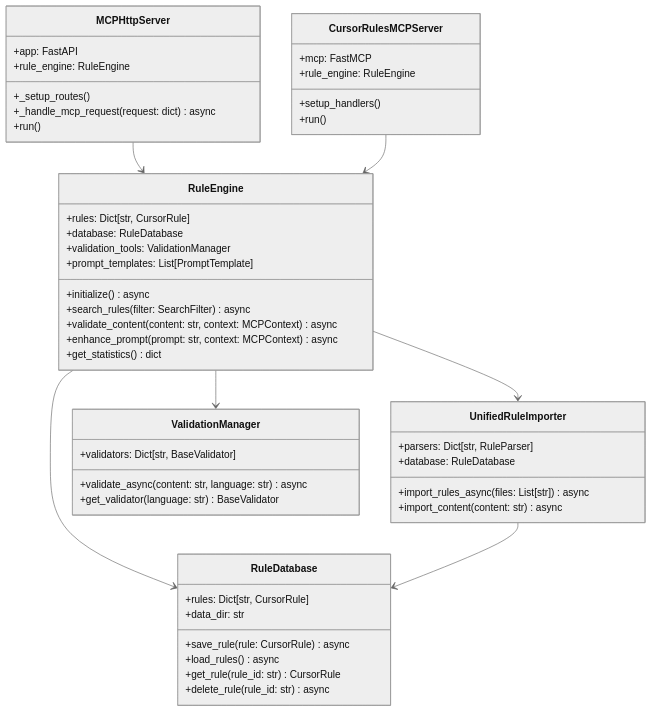
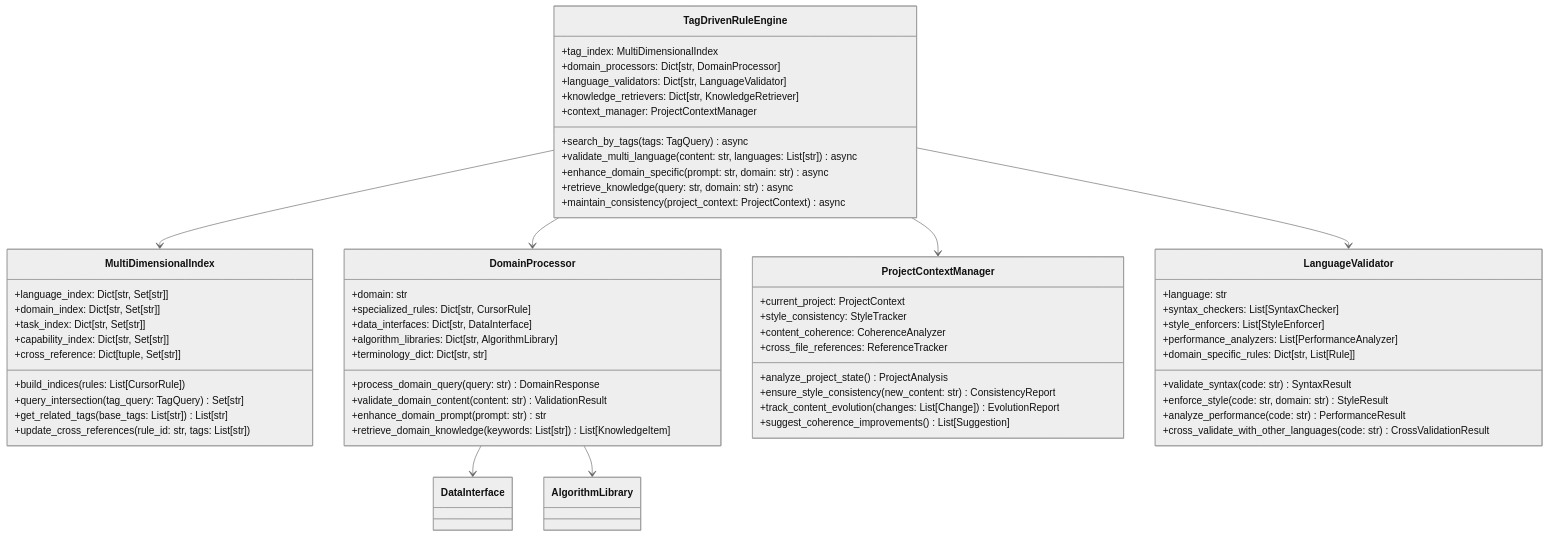
One commit to Mapoet/cursorrules-mcp changed the third of 12 diagrams in docs/techs.md. Above: the diagram before and after it, drawn with Mermaid (neutral theme). The commit also changed other lines of this file and 8 other files, not shown here.

````diff
--- a/docs/techs.md
+++ b/docs/techs.md
@@ -93,58 +129,74 @@
 ```mermaid
 classDiagram
-    class RuleEngine {
-        +rules: Dict[str, CursorRule]
-        +database: RuleDatabase
-        +validation_tools: ValidationManager
-        +prompt_templates: List[PromptTemplate]
-        +initialize() async
-        +search_rules(filter: SearchFilter) async
-        +validate_content(content: str, context: MCPContext) async
-        +enhance_prompt(prompt: str, context: MCPContext) async
-        +get_statistics() dict
+    class TagDrivenRuleEngine {
+        +tag_index: MultiDimensionalIndex
+        +domain_processors: Dict[str, DomainProcessor]
+        +language_validators: Dict[str, LanguageValidator]
+        +knowledge_retrievers: Dict[str, KnowledgeRetriever]
+        +context_manager: ProjectContextManager
+        
+        +search_by_tags(tags: TagQuery) async
+        +validate_multi_language(content: str, languages: List[str]) async
+        +enhance_domain_specific(prompt: str, domain: str) async
+        +retrieve_knowledge(query: str, domain: str) async
+        +maintain_consistency(project_context: ProjectContext) async
     }
     
-    class MCPHttpServer {
-        +app: FastAPI
-        +rule_engine: RuleEngine
-        +_setup_routes()
-        +_handle_mcp_request(request: dict) async
-        +run()
+    class MultiDimensionalIndex {
+        +language_index: Dict[str, Set[str]]
+        +domain_index: Dict[str, Set[str]]
+        +task_index: Dict[str, Set[str]]
+        +capability_index: Dict[str, Set[str]]
+        +cross_reference: Dict[tuple, Set[str]]
+        
+        +build_indices(rules: List[CursorRule])
+        +query_intersection(tag_query: TagQuery) Set[str]
+        +get_related_tags(base_tags: List[str]) List[str]
+        +update_cross_references(rule_id: str, tags: List[str])
     }
     
-    class CursorRulesMCPServer {
-        +mcp: FastMCP
-        +rule_engine: RuleEngine
-        +setup_handlers()
-        +run()
+    class DomainProcessor {
+        +domain: str
+        +specialized_rules: Dict[str, CursorRule]
+        +data_interfaces: Dict[str, DataInterface]
+        +algorithm_libraries: Dict[str, AlgorithmLibrary]
+        +terminology_dict: Dict[str, str]
+        
+        +process_domain_query(query: str) DomainResponse
+        +validate_domain_content(content: str) ValidationResult
+        +enhance_domain_prompt(prompt: str) str
+        +retrieve_domain_knowledge(keywords: List[str]) List[KnowledgeItem]
     }
     
-    class RuleDatabase {
-        +rules: Dict[str, CursorRule]
-        +data_dir: str
-        +save_rule(rule: CursorRule) async
-        +load_rules() async
-        +get_rule(rule_id: str) CursorRule
-        +delete_rule(rule_id: str) async
+    class ProjectContextManager {
+        +current_project: ProjectContext
+        +style_consistency: StyleTracker
+        +content_coherence: CoherenceAnalyzer
+        +cross_file_references: ReferenceTracker
+        
+        +analyze_project_state() ProjectAnalysis
+        +ensure_style_consistency(new_content: str) ConsistencyReport
+        +track_content_evolution(changes: List[Change]) EvolutionReport
+        +suggest_coherence_improvements() List[Suggestion]
     }
     
-    class UnifiedRuleImporter {
-        +parsers: Dict[str, RuleParser]
-        +database: RuleDatabase
-        +import_rules_async(files: List[str]) async
-        +import_content(content: str) async
+    class LanguageValidator {
+        +language: str
+        +syntax_checkers: List[SyntaxChecker]
+        +style_enforcers: List[StyleEnforcer]
+        +performance_analyzers: List[PerformanceAnalyzer]
+        +domain_specific_rules: Dict[str, List[Rule]]
+        
+        +validate_syntax(code: str) SyntaxResult
+        +enforce_style(code: str, domain: str) StyleResult
+        +analyze_performance(code: str) PerformanceResult
+        +cross_validate_with_other_languages(code: str) CrossValidationResult
     }
     
-    class ValidationManager {
-        +validators: Dict[str, BaseValidator]
-        +validate_async(content: str, language: str) async
-        +get_validator(language: str) BaseValidator
-    }
-    
-    RuleEngine --> RuleDatabase
-    RuleEngine --> ValidationManager
-    RuleEngine --> UnifiedRuleImporter
-    MCPHttpServer --> RuleEngine
-    CursorRulesMCPServer --> RuleEngine
-    UnifiedRuleImporter --> RuleDatabase
+    TagDrivenRuleEngine --> MultiDimensionalIndex
+    TagDrivenRuleEngine --> DomainProcessor
+    TagDrivenRuleEngine --> ProjectContextManager
+    TagDrivenRuleEngine --> LanguageValidator
+    DomainProcessor --> DataInterface
+    DomainProcessor --> AlgorithmLibrary
 ```
````
